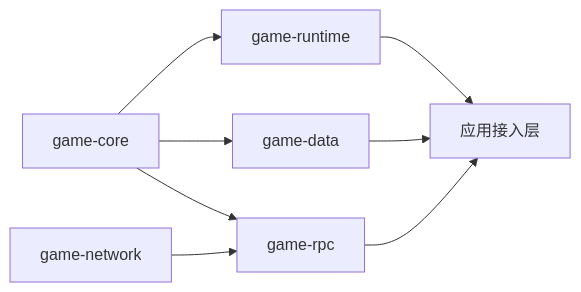
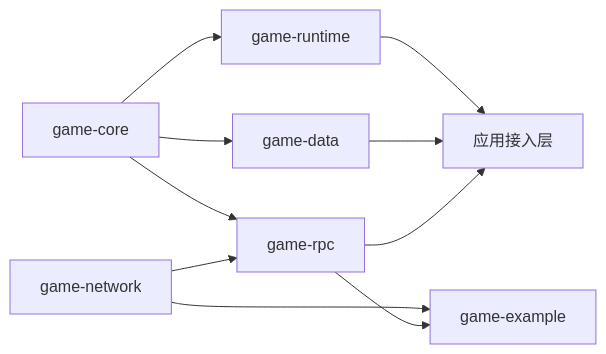
The diagram in docs/ogbs/README.zh-CN.md (huaye2007/mana), drawn with Mermaid before and after one commit. The commit also changed other lines of this file and 54 other files, not shown here.

````diff
--- a/docs/ogbs/README.zh-CN.md
+++ b/docs/ogbs/README.zh-CN.md
@@ -79,10 +79,12 @@
 ```mermaid
 flowchart LR
     C[game-core] --> RT[game-runtime]
     C --> D[game-data]
     C --> R[game-rpc]
     N[game-network] --> R
+    N --> E[game-example]
+    R --> E
     RT --> A[应用接入层]
     D --> A
     R --> A
 ```
````
